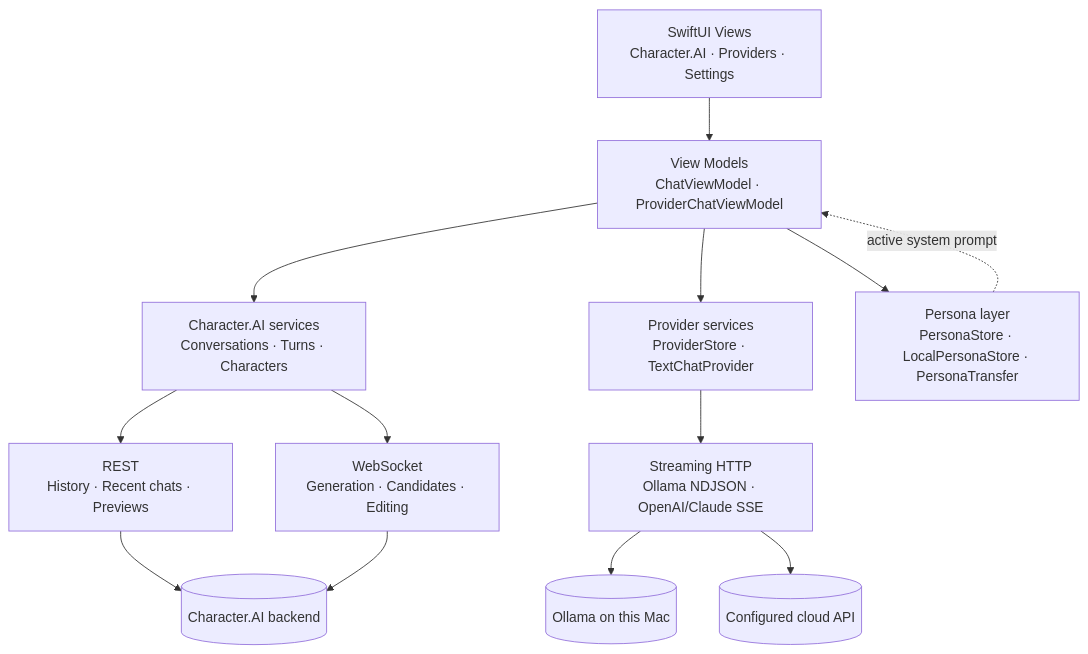
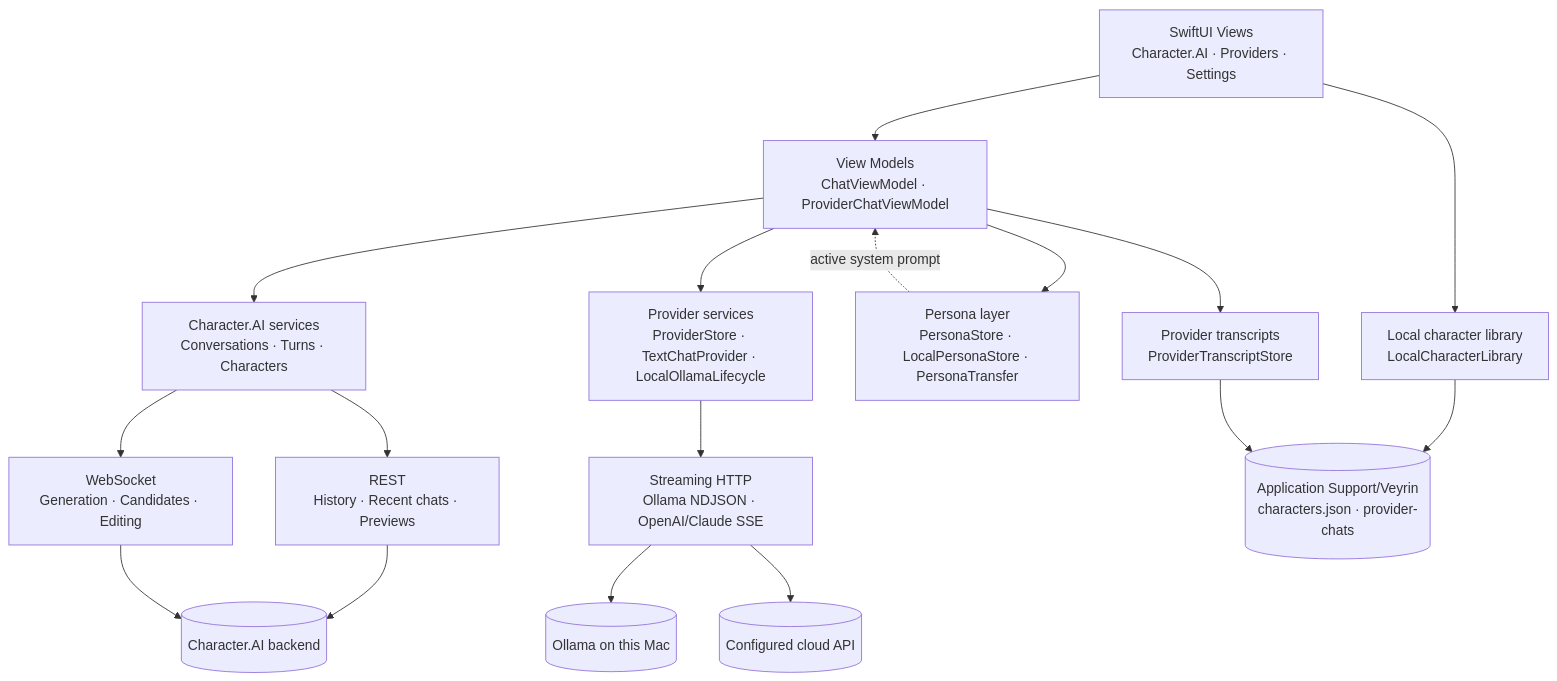
Before and after one commit to KodyMorrison3/Veyrin: the diagram in README.md, drawn with Mermaid. The commit also changed other lines of this file, not shown here.

Commit message:
Little modification to readme.md

````diff
--- a/README.md
+++ b/README.md
@@ -113,15 +113,19 @@
 ```mermaid
 flowchart TD
     A["SwiftUI Views<br/>Character.AI · Providers · Settings"] --> B["View Models<br/>ChatViewModel · ProviderChatViewModel"]
     B --> C["Character.AI services<br/>Conversations · Turns · Characters"]
-    B --> D["Provider services<br/>ProviderStore · TextChatProvider"]
+    B --> D["Provider services<br/>ProviderStore · TextChatProvider · LocalOllamaLifecycle"]
     B --> P["Persona layer<br/>PersonaStore · LocalPersonaStore · PersonaTransfer"]
+    A --> L["Local character library<br/>LocalCharacterLibrary"]
+    B --> T["Provider transcripts<br/>ProviderTranscriptStore"]
     C --> E["REST<br/>History · Recent chats · Previews"]
     C --> F["WebSocket<br/>Generation · Candidates · Editing"]
     D --> G["Streaming HTTP<br/>Ollama NDJSON · OpenAI/Claude SSE"]
     E --> H[("Character.AI backend")]
     F --> H
     G --> I[("Ollama on this Mac")]
     G --> J[("Configured cloud API")]
+    L --> K[("Application Support/Veyrin<br/>characters.json · provider-chats")]
+    T --> K
     P -.->|active system prompt| B
 ```
````
